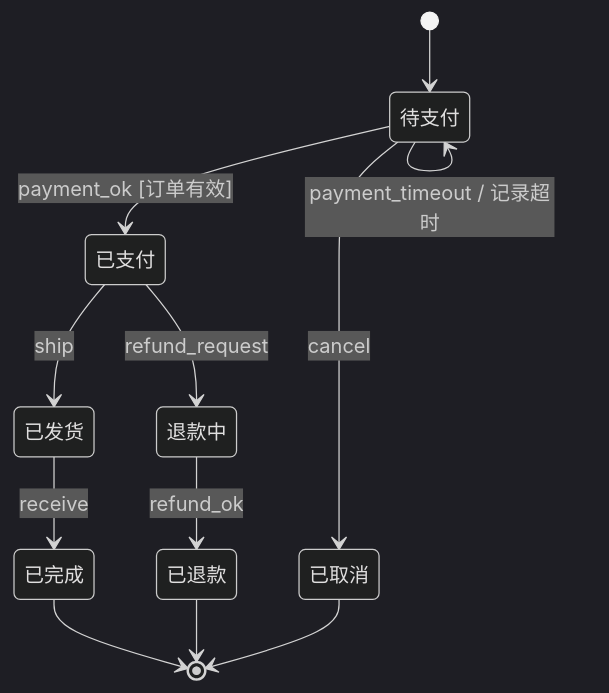
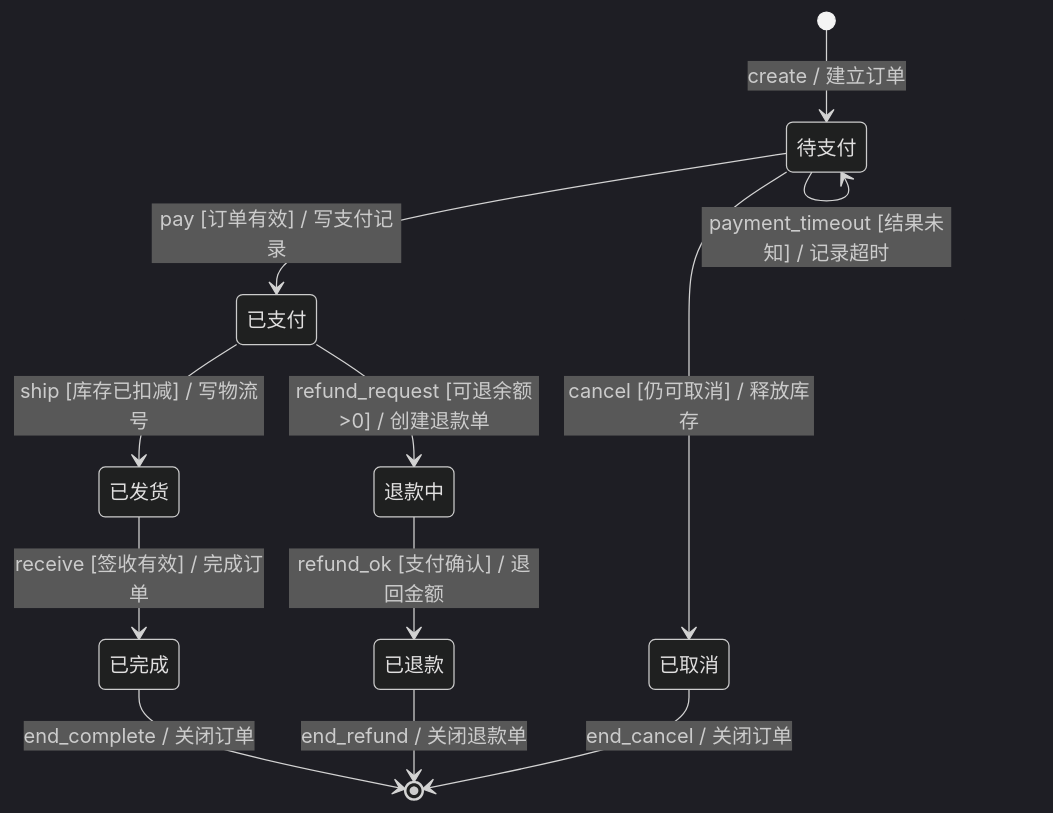
The first of 2 diagrams in source/_posts/learn-topic/testing-basics/测试基础(九)状态迁移与业务流程.md (koco-co/hexo-blog), drawn with Mermaid (dark theme) before and after one commit. The commit also changed other lines of this file and 100 other files, not shown here.

```diff
--- a/source/_posts/learn-topic/testing-basics/测试基础(九)状态迁移与业务流程.md
+++ b/source/_posts/learn-topic/testing-basics/测试基础(九)状态迁移与业务流程.md
@@ -30,14 +32,14 @@
 {% mermaid %}
 stateDiagram-v2
-  [*] --> 待支付
-  待支付 --> 已支付: payment_ok [订单有效]
-  待支付 --> 已取消: cancel
-  待支付 --> 待支付: payment_timeout / 记录超时
-  已支付 --> 已发货: ship
-  已支付 --> 退款中: refund_request
-  退款中 --> 已退款: refund_ok
-  已发货 --> 已完成: receive
-  已取消 --> [*]
-  已退款 --> [*]
-  已完成 --> [*]
+  [*] --> 待支付: create / 建立订单
+  待支付 --> 已支付: pay [订单有效] / 写支付记录
+  待支付 --> 已取消: cancel [仍可取消] / 释放库存
+  待支付 --> 待支付: payment_timeout [结果未知] / 记录超时
+  已支付 --> 已发货: ship [库存已扣减] / 写物流号
+  已支付 --> 退款中: refund_request [可退余额>0] / 创建退款单
+  退款中 --> 已退款: refund_ok [支付确认] / 退回金额
+  已发货 --> 已完成: receive [签收有效] / 完成订单
+  已取消 --> [*]: end_cancel / 关闭订单
+  已退款 --> [*]: end_refund / 关闭退款单
+  已完成 --> [*]: end_complete / 关闭订单
 {% endmermaid %}
```
